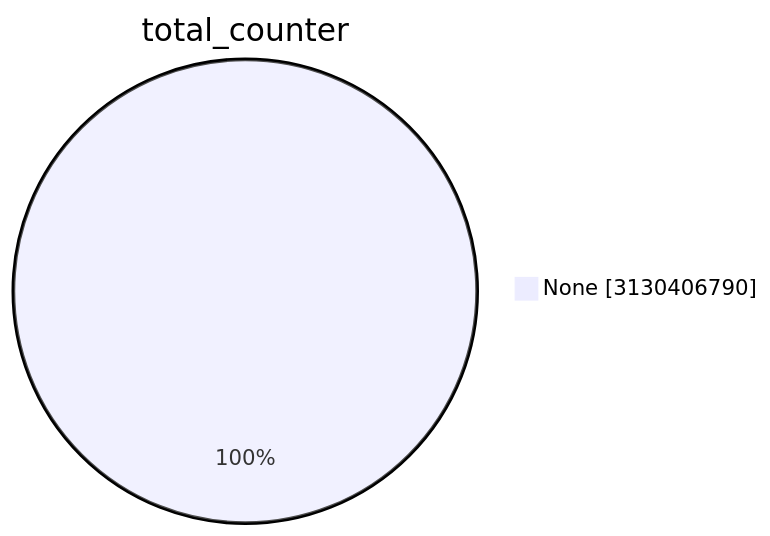
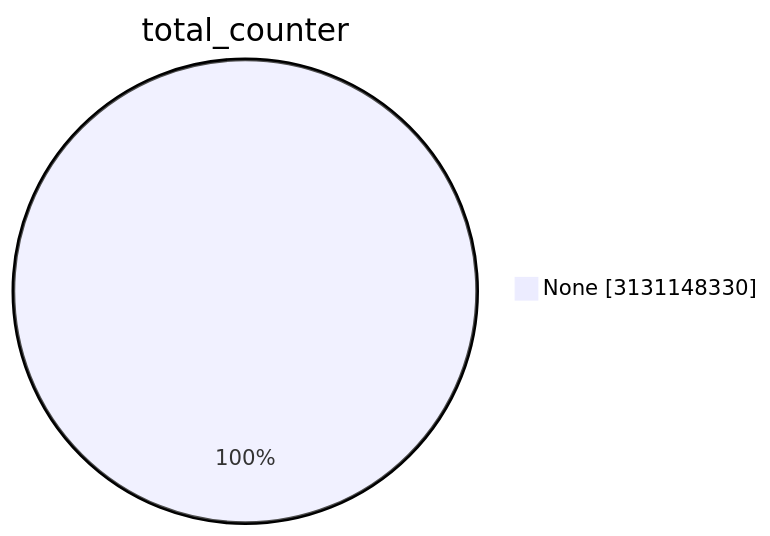
Before and after one commit to christiankrug/ctmonitor_visualization: the first of 15 diagrams in TOTAL/README.md, drawn with Mermaid. The commit also changed other lines of this file, not shown here.

````diff
--- a/TOTAL/README.md
+++ b/TOTAL/README.md
@@ -1,5 +1,5 @@
 ```mermaid
 pie showData
 title total_counter
-"None" :3130406790
+"None" :3131148330
 ```
````
